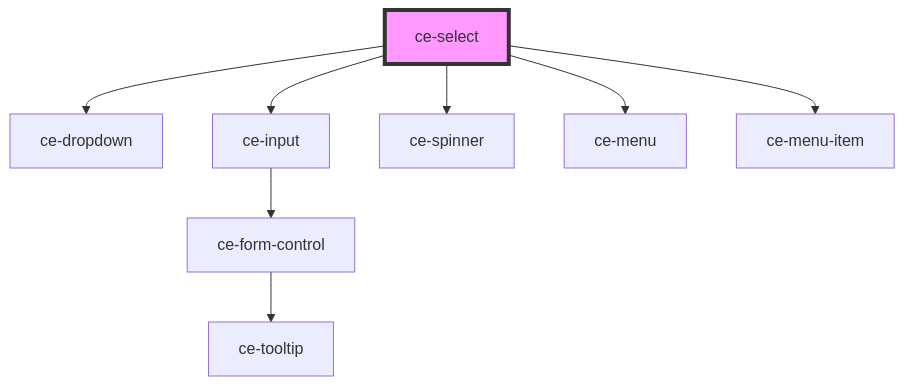
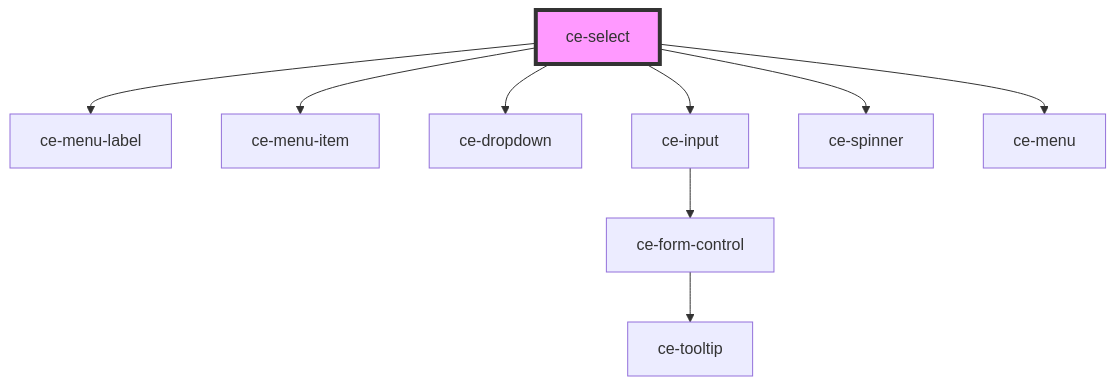
Before and after one commit to surecart/surecart-wp-plugin: the diagram in packages/components/src/components/ui/select/readme.md, drawn with Mermaid. The commit also changed other lines of this file and 60 other files, not shown here.

````diff
--- a/packages/components/src/components/ui/select/readme.md
+++ b/packages/components/src/components/ui/select/readme.md
@@ -74,11 +76,12 @@
 ```mermaid
 graph TD;
+  ce-select --> ce-menu-label
+  ce-select --> ce-menu-item
   ce-select --> ce-dropdown
   ce-select --> ce-input
   ce-select --> ce-spinner
   ce-select --> ce-menu
-  ce-select --> ce-menu-item
   ce-input --> ce-form-control
   ce-form-control --> ce-tooltip
   style ce-select fill:#f9f,stroke:#333,stroke-width:4px
 ```
````
